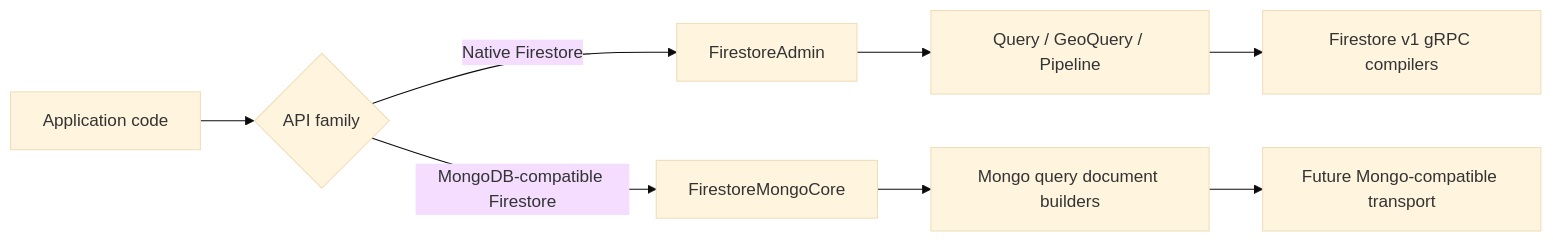
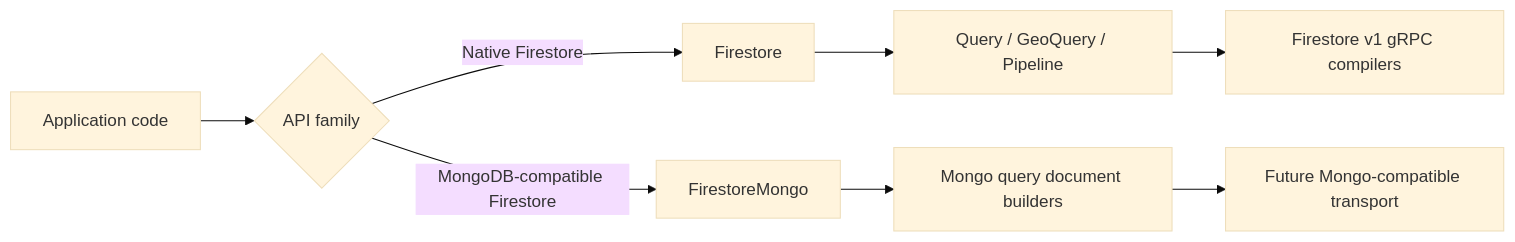
The diagram in docs/FirestoreMongoCompatibility.md (1amageek/FirebaseAPI), drawn with Mermaid (base theme) before and after one commit. The commit also changed other lines of this file and 44 other files, not shown here.

````diff
--- a/docs/FirestoreMongoCompatibility.md
+++ b/docs/FirestoreMongoCompatibility.md
@@ -21,10 +21,10 @@
 ```mermaid
 flowchart LR
   A["Application code"] --> B{"API family"}
-  B -->|"Native Firestore"| C["FirestoreAdmin"]
+  B -->|"Native Firestore"| C["Firestore"]
   C --> D["Query / GeoQuery / Pipeline"]
   D --> E["Firestore v1 gRPC compilers"]
-  B -->|"MongoDB-compatible Firestore"| F["FirestoreMongoCore"]
+  B -->|"MongoDB-compatible Firestore"| F["FirestoreMongo"]
   F --> G["Mongo query document builders"]
   G --> H["Future Mongo-compatible transport"]
 ```
````
